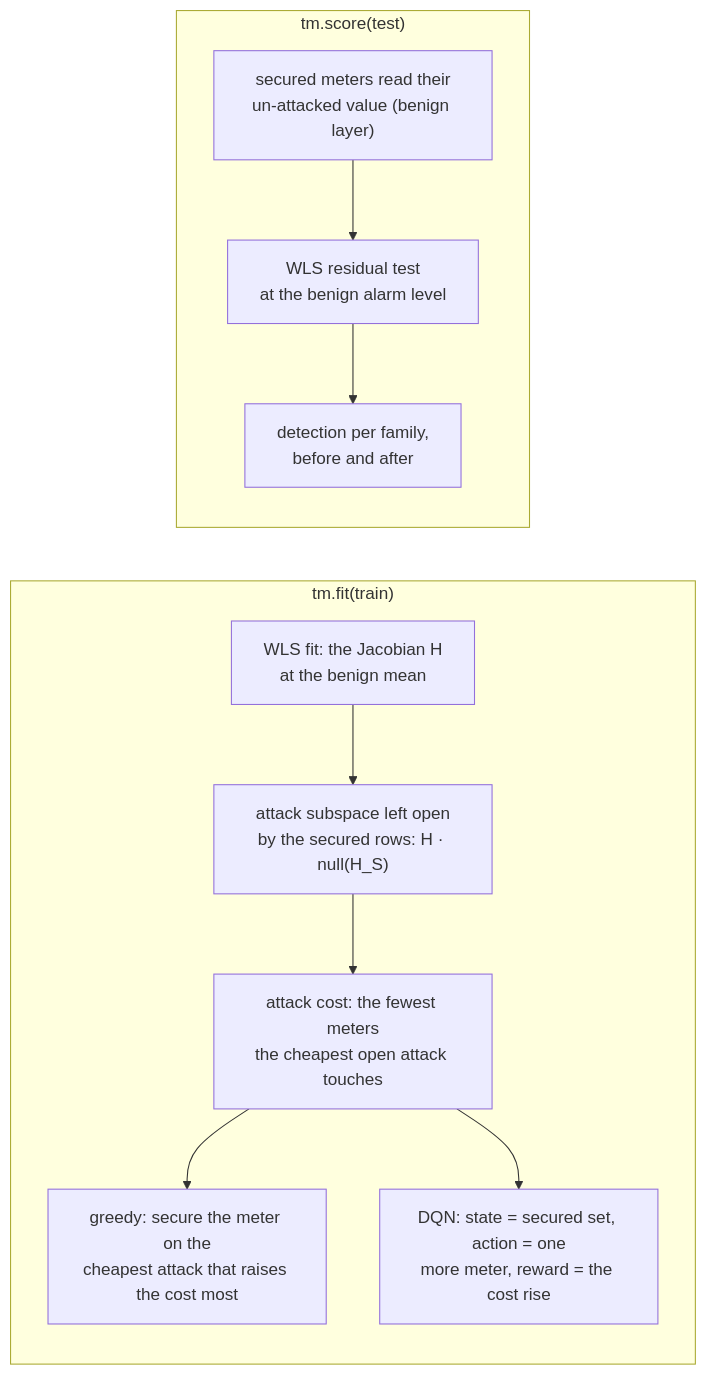
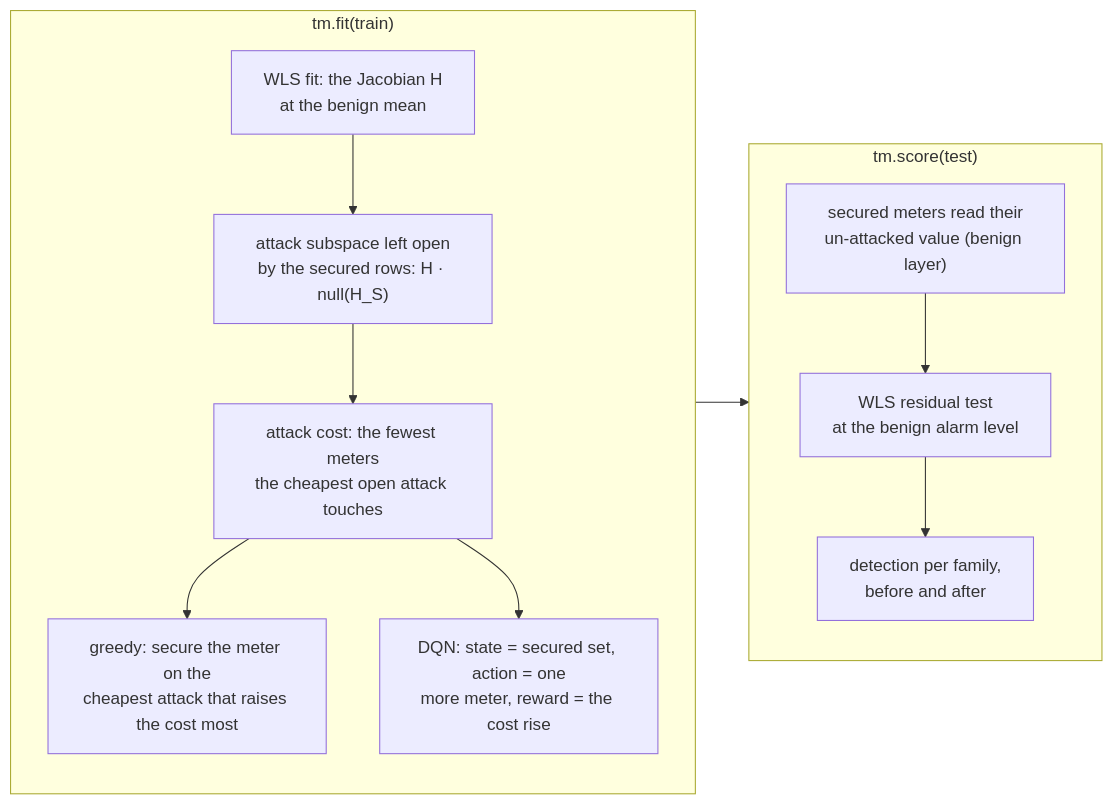
One commit to myersben9/fdia-graph changed the diagram in docs/trust/README.md. Above: the diagram before and after it, drawn with Mermaid. The commit also changed 5 other files, not shown here.

First line of the commit message:
Docs: redraw the diagrams GitHub lays out badly, concepts page on the attack-vector construction (#107)

````diff
--- a/docs/trust/README.md
+++ b/docs/trust/README.md
@@ -19,13 +19,14 @@
 ```mermaid
 flowchart LR
     subgraph fit["tm.fit(train)"]
         w[WLS fit: the Jacobian H<br/>at the benign mean] --> k["attack subspace left open<br/>by the secured rows: H · null(H_S)"]
         k --> c["attack cost: the fewest meters<br/>the cheapest open attack touches"]
         c --> g["greedy: secure the meter on the<br/>cheapest attack that raises the cost most"]
         c --> q["DQN: state = secured set, action = one<br/>more meter, reward = the cost rise"]
     end
     subgraph score["tm.score(test)"]
         p["secured meters read their<br/>un-attacked value (benign layer)"] --> r["WLS residual test<br/>at the benign alarm level"]
         r --> d["detection per family,<br/>before and after"]
     end
+    fit --> score
 ```
````
